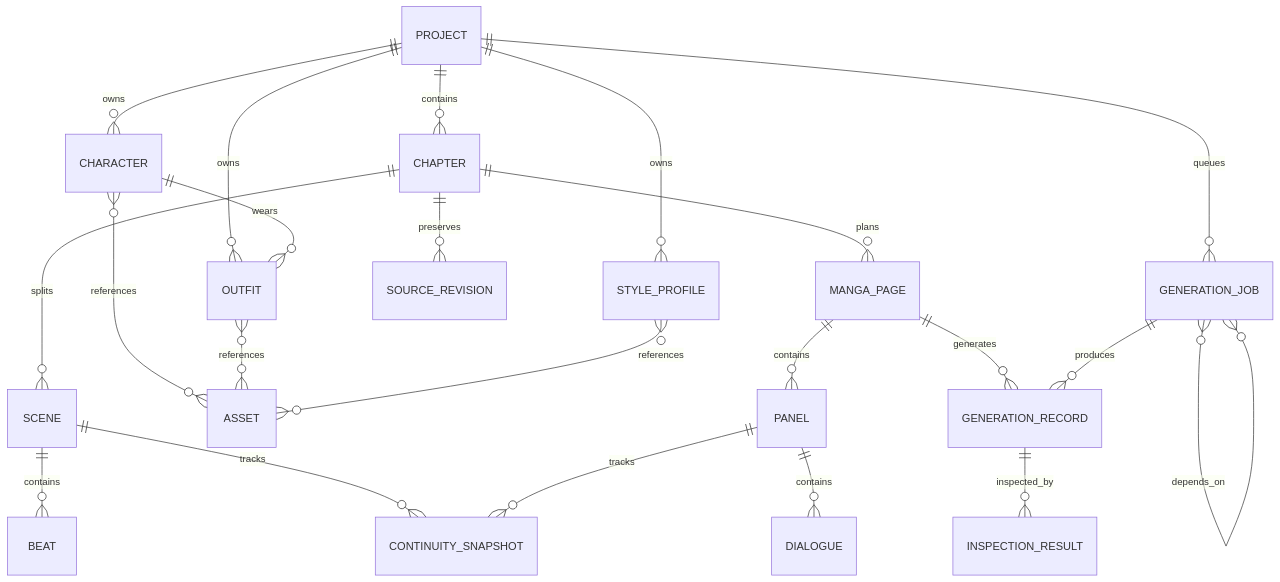
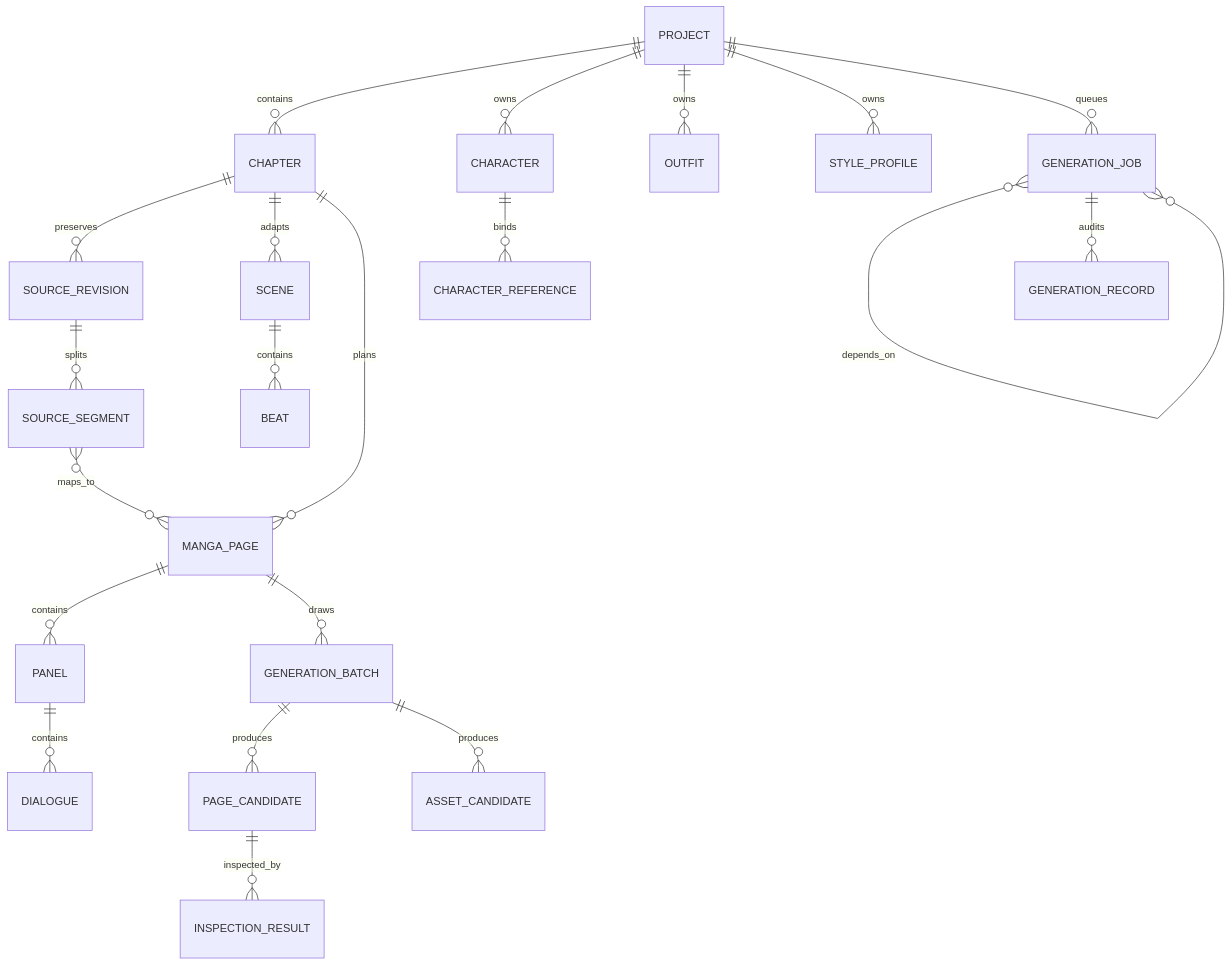
The first of 3 diagrams in docs/data-model.md (coffe01-10/MangaFlow), drawn with Mermaid before and after one commit. The commit also changed other lines of this file and 37 other files, not shown here.

````diff
--- a/docs/data-model.md
+++ b/docs/data-model.md
@@ -14,24 +13,23 @@
 ```mermaid
 erDiagram
     PROJECT ||--o{ CHAPTER : contains
     PROJECT ||--o{ CHARACTER : owns
     PROJECT ||--o{ OUTFIT : owns
     PROJECT ||--o{ STYLE_PROFILE : owns
     PROJECT ||--o{ GENERATION_JOB : queues
     CHAPTER ||--o{ SOURCE_REVISION : preserves
-    CHAPTER ||--o{ SCENE : splits
+    SOURCE_REVISION ||--o{ SOURCE_SEGMENT : splits
+    CHAPTER ||--o{ SCENE : adapts
+    SCENE ||--o{ BEAT : contains
     CHAPTER ||--o{ MANGA_PAGE : plans
-    SCENE ||--o{ BEAT : contains
-    SCENE ||--o{ CONTINUITY_SNAPSHOT : tracks
-    CHARACTER ||--o{ OUTFIT : wears
-    CHARACTER }o--o{ ASSET : references
-    OUTFIT }o--o{ ASSET : references
-    STYLE_PROFILE }o--o{ ASSET : references
+    SOURCE_SEGMENT }o--o{ MANGA_PAGE : maps_to
     MANGA_PAGE ||--o{ PANEL : contains
-    MANGA_PAGE ||--o{ GENERATION_RECORD : generates
     PANEL ||--o{ DIALOGUE : contains
-    PANEL ||--o{ CONTINUITY_SNAPSHOT : tracks
+    MANGA_PAGE ||--o{ GENERATION_BATCH : draws
+    GENERATION_BATCH ||--o{ PAGE_CANDIDATE : produces
+    GENERATION_BATCH ||--o{ ASSET_CANDIDATE : produces
+    CHARACTER ||--o{ CHARACTER_REFERENCE : binds
     GENERATION_JOB }o--o{ GENERATION_JOB : depends_on
-    GENERATION_JOB ||--o{ GENERATION_RECORD : produces
-    GENERATION_RECORD ||--o{ INSPECTION_RESULT : inspected_by
+    GENERATION_JOB ||--o{ GENERATION_RECORD : audits
+    PAGE_CANDIDATE ||--o{ INSPECTION_RESULT : inspected_by
 ```
````
